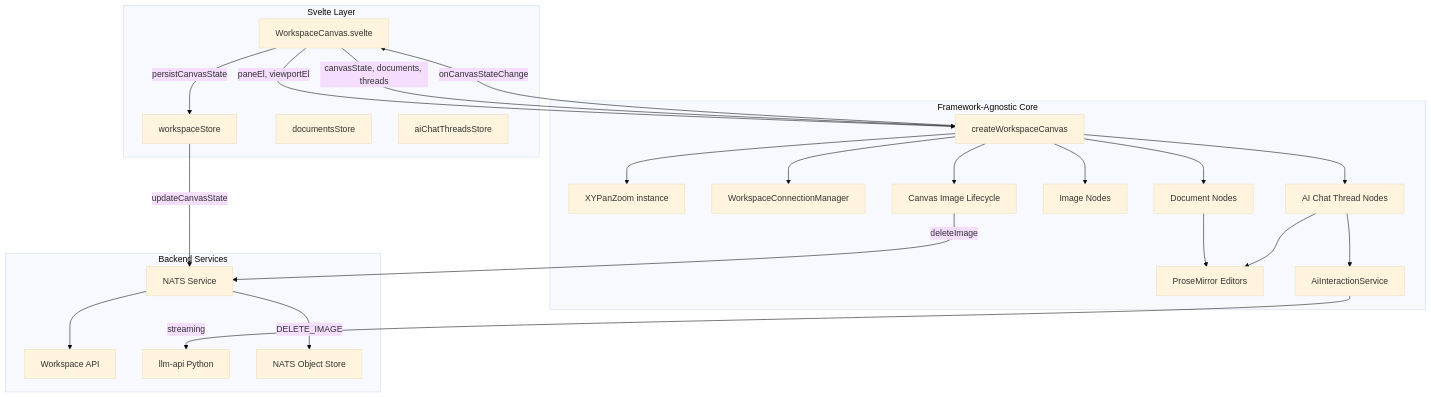
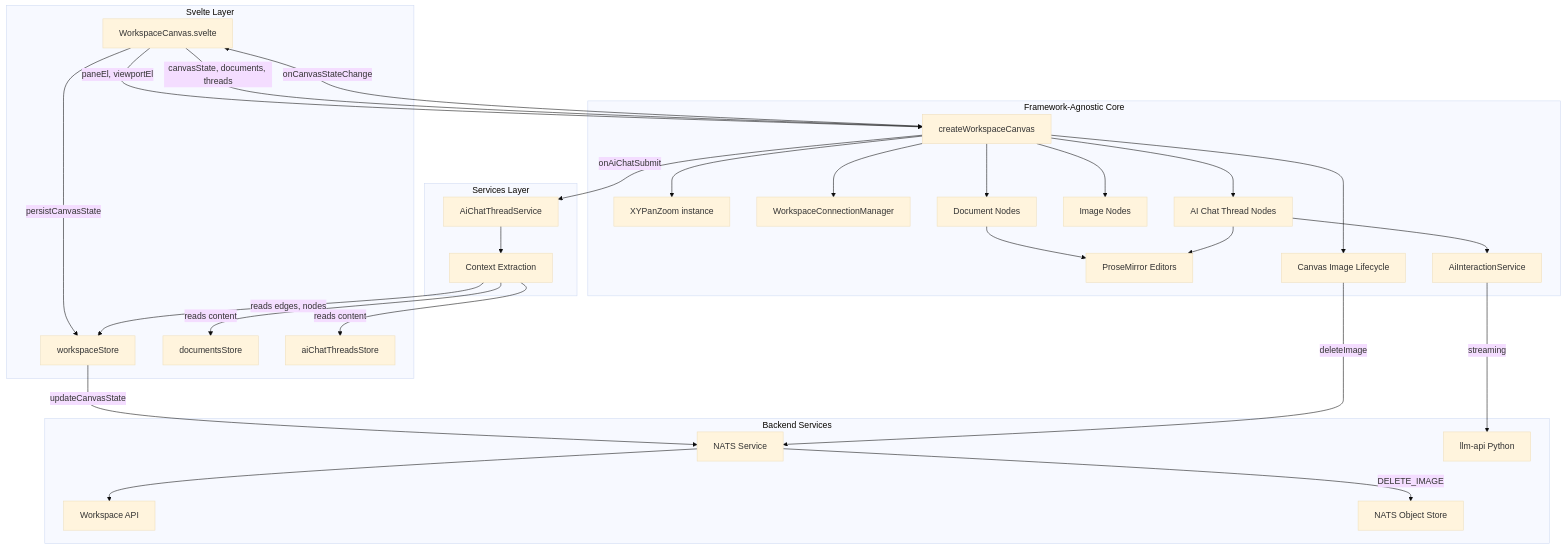
The first of 3 diagrams in services/web-ui/src/infographics/workspace/README.md (Lixpi/lixpi), drawn with Mermaid (base theme) before and after one commit. The commit also changed other lines of this file and 6 other files, not shown here.

````diff
--- a/services/web-ui/src/infographics/workspace/README.md
+++ b/services/web-ui/src/infographics/workspace/README.md
@@ -48,48 +50,58 @@
 ```mermaid
 flowchart TB
     subgraph Svelte["Svelte Layer"]
         WC[WorkspaceCanvas.svelte]
         WS[workspaceStore]
         DS[documentsStore]
         TS[aiChatThreadsStore]
     end
 
     subgraph Core["Framework-Agnostic Core"]
         CC[createWorkspaceCanvas]
         PZ[XYPanZoom instance]
         ECM[WorkspaceConnectionManager]
         DN[Document Nodes]
         IN[Image Nodes]
         TN[AI Chat Thread Nodes]
         PM[ProseMirror Editors]
         AIS[AiInteractionService]
         IL[Canvas Image Lifecycle]
+    end
+
+    subgraph Services["Services Layer"]
+        ATS[AiChatThreadService]
+        CTX[Context Extraction]
     end
 
     subgraph Backend["Backend Services"]
         NS[NATS Service]
         API[Workspace API]
         LLMAPI[llm-api Python]
         OBJ[NATS Object Store]
     end
 
     WC -->|"paneEl, viewportEl"| CC
     WC -->|"canvasState, documents, threads"| CC
     CC -->|"onCanvasStateChange"| WC
     WC -->|"persistCanvasState"| WS
     WS -->|"updateCanvasState"| NS
     NS --> API
 
     CC --> PZ
     CC --> ECM
     CC --> DN
     CC --> IN
     CC --> TN
     DN --> PM
     TN --> PM
     TN --> AIS
+    CC -->|"onAiChatSubmit"| ATS
+    ATS --> CTX
+    CTX -->|"reads edges, nodes"| WS
+    CTX -->|"reads content"| DS
+    CTX -->|"reads content"| TS
     AIS -->|"streaming"| LLMAPI
     CC --> IL
     IL -->|"deleteImage"| NS
     NS -->|"DELETE_IMAGE"| OBJ
 ```
````
